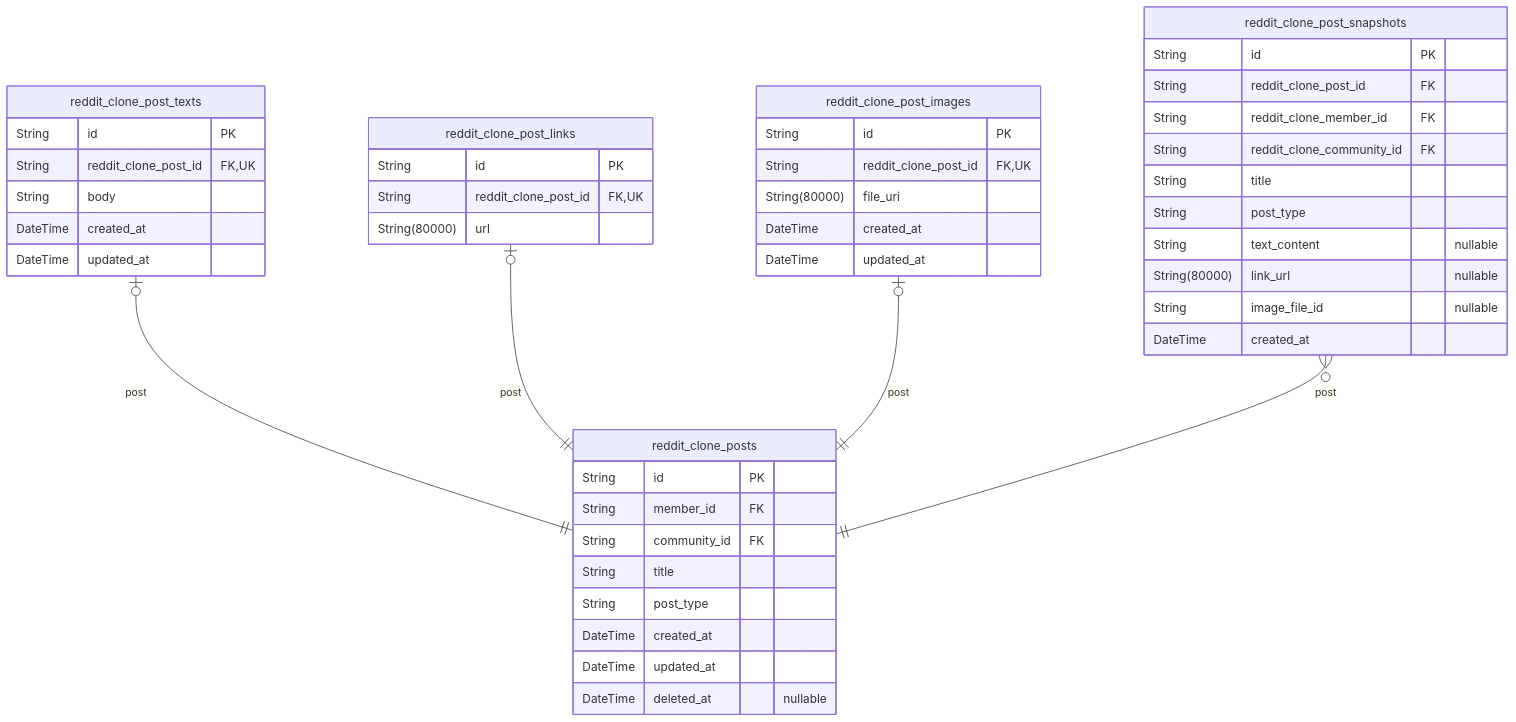
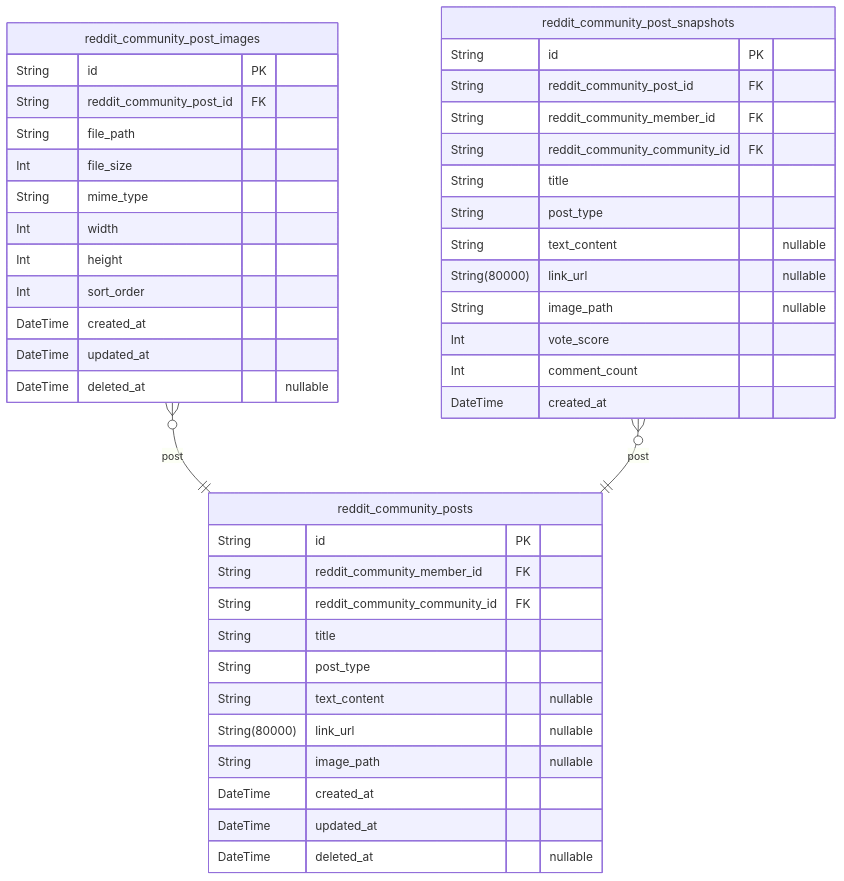
The third of 6 diagrams in qwen/qwen3.5-397b-a17b/reddit/docs/ERD.md (wrtnlabs/autobe-examples), drawn with Mermaid before and after one commit. The commit also changed other lines of this file and 9017 other files, not shown here.

````diff
--- a/qwen/qwen3.5-397b-a17b/reddit/docs/ERD.md
+++ b/qwen/qwen3.5-397b-a17b/reddit/docs/ERD.md
@@ -391,48 +359,45 @@
 ```mermaid
 erDiagram
-"reddit_clone_posts" {
+"reddit_community_posts" {
   String id PK
-  String member_id FK
-  String community_id FK
+  String reddit_community_member_id FK
+  String reddit_community_community_id FK
   String title
   String post_type
+  String text_content "nullable"
+  String(80000) link_url "nullable"
+  String image_path "nullable"
   DateTime created_at
   DateTime updated_at
   DateTime deleted_at "nullable"
 }
-"reddit_clone_post_texts" {
+"reddit_community_post_images" {
   String id PK
-  String reddit_clone_post_id FK,UK
-  String body
+  String reddit_community_post_id FK
+  String file_path
+  Int file_size
+  String mime_type
+  Int width
+  Int height
+  Int sort_order
   DateTime created_at
   DateTime updated_at
+  DateTime deleted_at "nullable"
 }
-"reddit_clone_post_links" {
+"reddit_community_post_snapshots" {
   String id PK
-  String reddit_clone_post_id FK,UK
-  String(80000) url
-}
-"reddit_clone_post_images" {
-  String id PK
-  String reddit_clone_post_id FK,UK
-  String(80000) file_uri
-  DateTime created_at
-  DateTime updated_at
-}
-"reddit_clone_post_snapshots" {
-  String id PK
-  String reddit_clone_post_id FK
-  String reddit_clone_member_id FK
-  String reddit_clone_community_id FK
+  String reddit_community_post_id FK
+  String reddit_community_member_id FK
+  String reddit_community_community_id FK
   String title
   String post_type
   String text_content "nullable"
   String(80000) link_url "nullable"
-  String image_file_id "nullable"
+  String image_path "nullable"
+  Int vote_score
+  Int comment_count
   DateTime created_at
 }
-"reddit_clone_post_texts" |o--|| "reddit_clone_posts" : post
-"reddit_clone_post_links" |o--|| "reddit_clone_posts" : post
-"reddit_clone_post_images" |o--|| "reddit_clone_posts" : post
-"reddit_clone_post_snapshots" }o--|| "reddit_clone_posts" : post
+"reddit_community_post_images" }o--|| "reddit_community_posts" : post
+"reddit_community_post_snapshots" }o--|| "reddit_community_posts" : post
 ```
````
